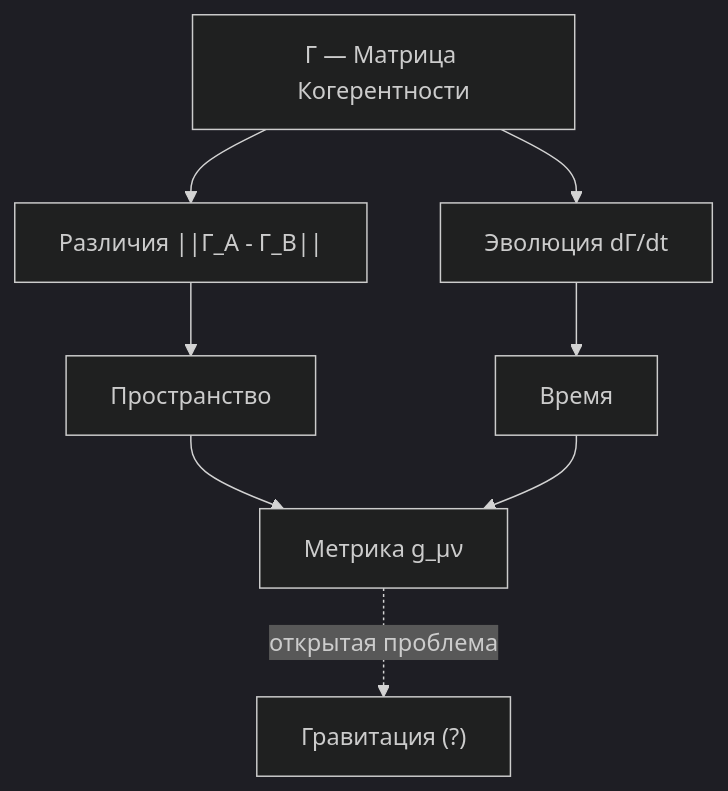
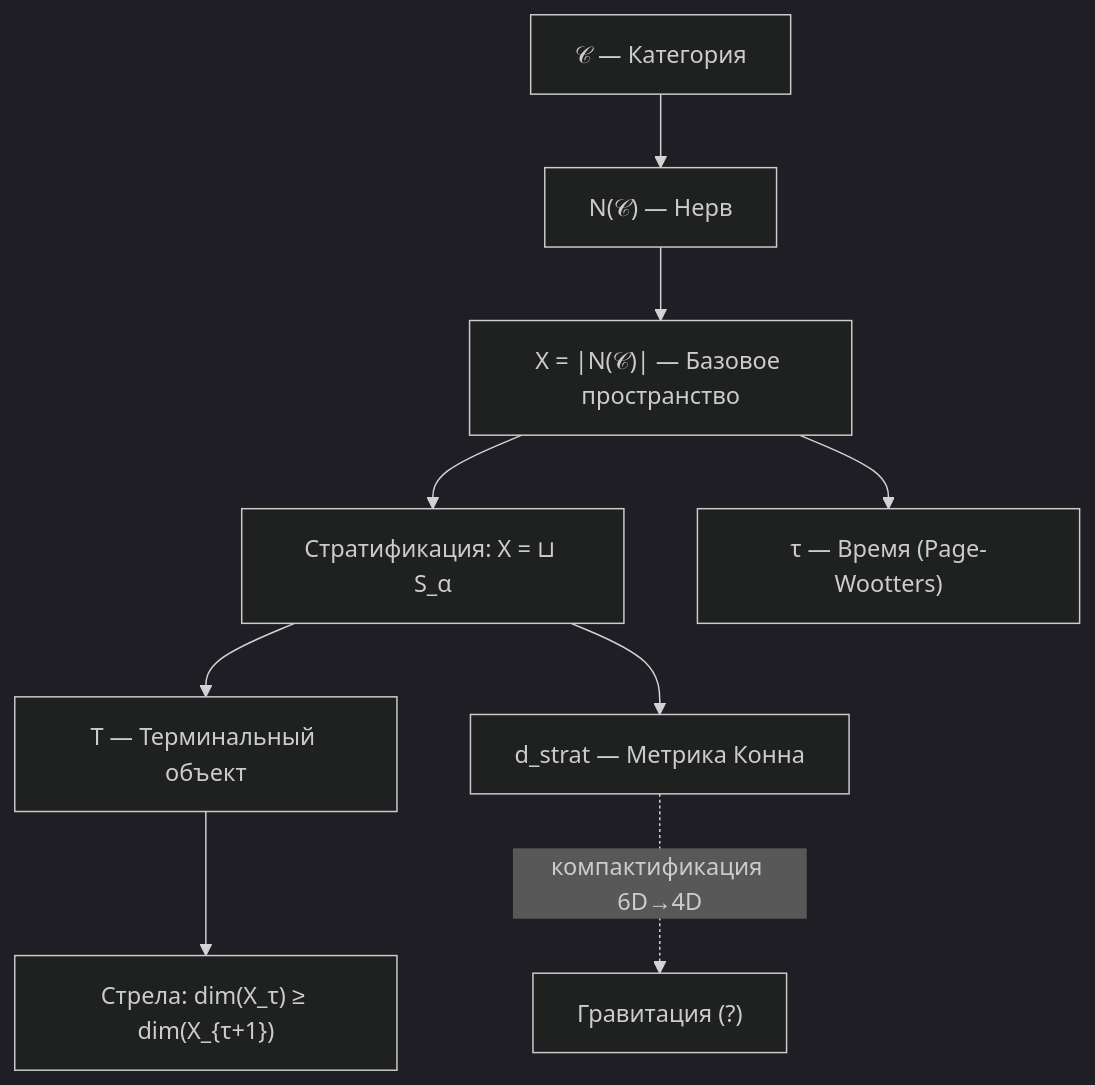
Before and after one commit to uhm-theory/holon: the diagram in website/docs/core/cosmology/spacetime.md, drawn with Mermaid (dark theme). The commit also changed other lines of this file and 49 other files, not shown here.

````diff
--- a/website/docs/core/cosmology/spacetime.md
+++ b/website/docs/core/cosmology/spacetime.md
@@ -155,18 +379,21 @@
 ```mermaid
 graph TD
-    G["Γ — Матрица Когерентности"]
-    DIFF["Различия ||Γ_A - Γ_B||"]
-    S["Пространство"]
-    E["Эволюция dΓ/dt"]
-    T["Время"]
-    M["Метрика g_μν"]
+    C["𝒞 — Категория"]
+    N["N#40;𝒞#41; — Нерв"]
+    X["X = |N#40;𝒞#41;| — Базовое пространство"]
+    STRAT["Стратификация: X = ⊔ S_α"]
+    T_OBJ["T — Терминальный объект"]
+    DSTRAT["d_strat — Метрика Конна"]
+    TIME["τ — Время #40;Page-Wootters#41;"]
+    ARROW["Стрела: dim#40;X_τ#41; ≥ dim#40;X_{τ+1}#41;"]
     GR["Гравитация #40;?#41;"]
 
-    G --> DIFF
-    DIFF --> S
-    G --> E
-    E --> T
-    S --> M
-    T --> M
-    M -.-> |"открытая проблема"| GR
+    C --> N
+    N --> X
+    X --> STRAT
+    STRAT --> T_OBJ
+    STRAT --> DSTRAT
+    X --> TIME
+    T_OBJ --> ARROW
+    DSTRAT -.-> |"компактификация 6D→4D"| GR
 ```
````
